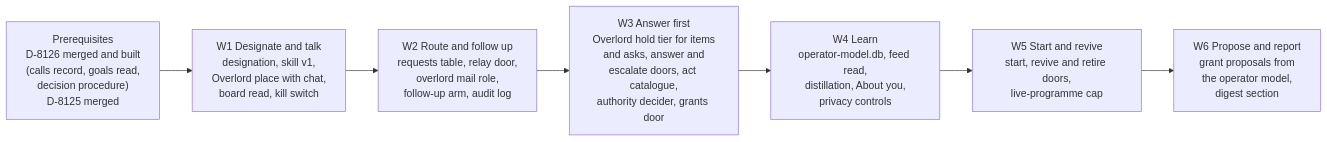
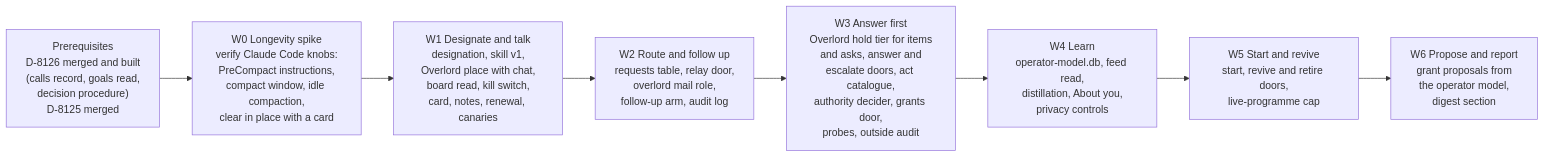
One commit to Synapsium-Labs/ccrc-pwa changed the eighth of 8 diagrams in docs/superpowers/specs/2026-11-09-overlord-design.md. Above: the diagram before and after it, drawn with Mermaid. The commit also changed other lines of this file, not shown here.

First line of the commit message:
docs(spec): the Overlord lives a very long time (R8)

````diff
--- a/docs/superpowers/specs/2026-11-09-overlord-design.md
+++ b/docs/superpowers/specs/2026-11-09-overlord-design.md
@@ -912,10 +1132,11 @@
 ```mermaid
 flowchart LR
-  P0["Prerequisites<br/>D-8126 merged and built<br/>(calls record, goals read,<br/>decision procedure)<br/>D-8125 merged"] --> W1
-  W1["W1 Designate and talk<br/>designation, skill v1,<br/>Overlord place with chat,<br/>board read, kill switch"] --> W2
+  P0["Prerequisites<br/>D-8126 merged and built<br/>(calls record, goals read,<br/>decision procedure)<br/>D-8125 merged"] --> W0
+  W0["W0 Longevity spike<br/>verify Claude Code knobs:<br/>PreCompact instructions,<br/>compact window, idle compaction,<br/>clear in place with a card"] --> W1
+  W1["W1 Designate and talk<br/>designation, skill v1,<br/>Overlord place with chat,<br/>board read, kill switch,<br/>card, notes, renewal, canaries"] --> W2
   W2["W2 Route and follow up<br/>requests table, relay door,<br/>overlord mail role,<br/>follow-up arm, audit log"] --> W3
-  W3["W3 Answer first<br/>Overlord hold tier for items<br/>and asks, answer and<br/>escalate doors, act catalogue,<br/>authority decider, grants door"] --> W4
+  W3["W3 Answer first<br/>Overlord hold tier for items<br/>and asks, answer and<br/>escalate doors, act catalogue,<br/>authority decider, grants door,<br/>probes, outside audit"] --> W4
   W4["W4 Learn<br/>operator-model.db, feed read,<br/>distillation, About you,<br/>privacy controls"] --> W5
   W5["W5 Start and revive<br/>start, revive and retire doors,<br/>live-programme cap"] --> W6
   W6["W6 Propose and report<br/>grant proposals from<br/>the operator model,<br/>digest section"]
 ```
````
